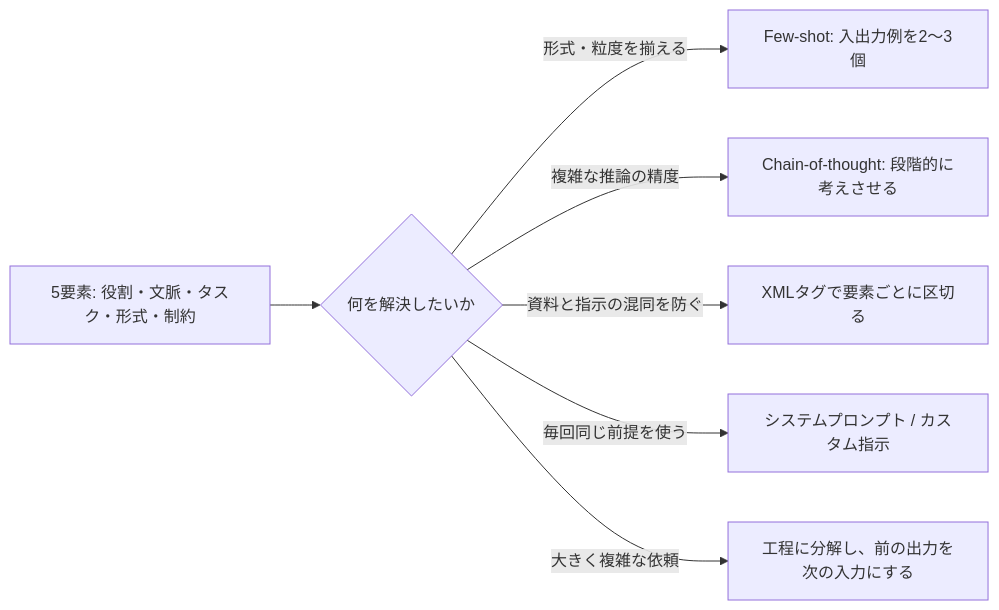
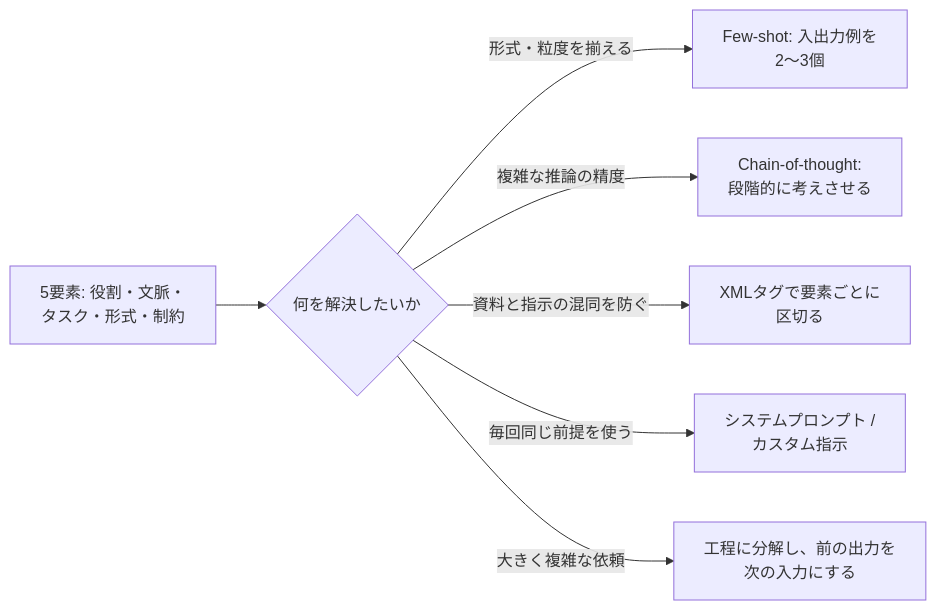
The second of 8 diagrams in claude/associate-foundations/overview.md (shingo0321/study), drawn with Mermaid before and after one commit. The commit also changed other lines of this file and 5 other files, not shown here.

First line of the commit message:
Mermaid俯瞰図を横スクロールなしで表示できるよう調整

````diff
--- a/claude/associate-foundations/overview.md
+++ b/claude/associate-foundations/overview.md
@@ -41,9 +41,9 @@
 ```mermaid
 flowchart LR
-  P["5要素: 役割・文脈・タスク・形式・制約"] --> T{"何を解決したいか"}
-  T -->|"形式・粒度を揃える"| F["Few-shot: 入出力例を2〜3個"]
-  T -->|"複雑な推論の精度"| C["Chain-of-thought: 段階的に考えさせる"]
-  T -->|"資料と指示の混同を防ぐ"| X["XMLタグで要素ごとに区切る"]
-  T -->|"毎回同じ前提を使う"| S["システムプロンプト / カスタム指示"]
-  T -->|"大きく複雑な依頼"| D["工程に分解し、前の出力を次の入力にする"]
+  P["5要素: 役割・文脈・<br/>タスク・形式・制約"] --> T{"何を解決したいか"}
+  T -->|"形式・粒度を揃える"| F["Few-shot: 入出力例を<br/>2〜3個"]
+  T -->|"複雑な推論の精度"| C["Chain-of-thought:<br/>段階的に考えさせる"]
+  T -->|"資料と指示の混同を防ぐ"| X["XMLタグで要素ごとに<br/>区切る"]
+  T -->|"毎回同じ前提を使う"| S["システムプロンプト /<br/>カスタム指示"]
+  T -->|"大きく複雑な依頼"| D["工程に分解し、前の出力を<br/>次の入力にする"]
 ```
````
